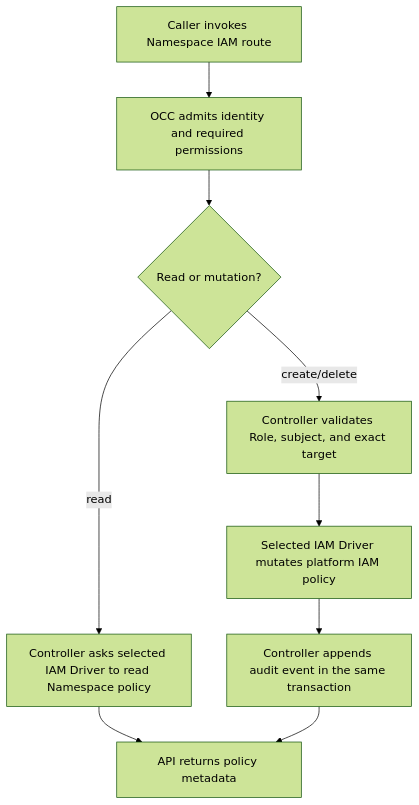
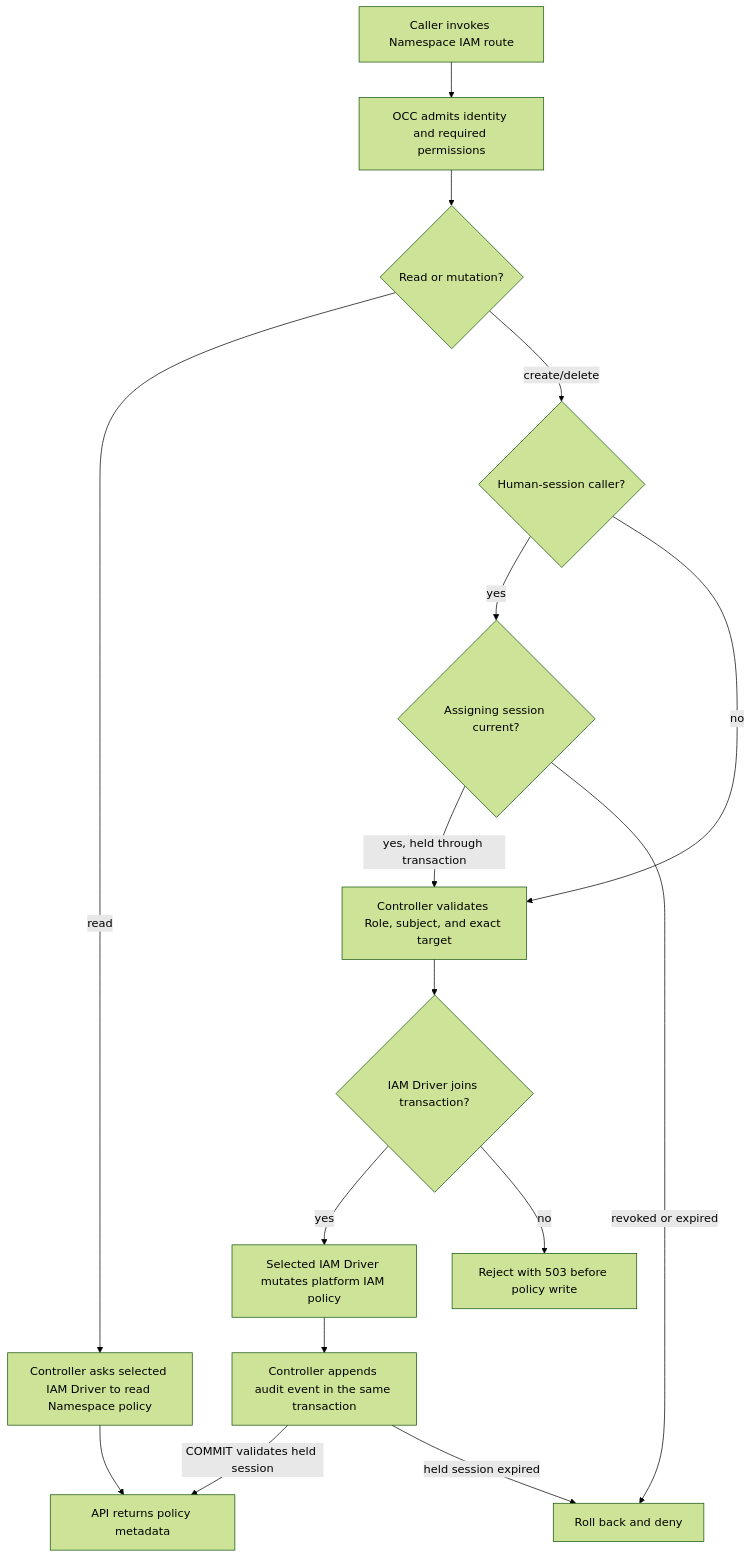
The diagram in docs/flows/namespace-iam-policy.md (PalmPalm7/openclaw-enterprise), drawn with Mermaid (forest theme) before and after one commit. The commit also changed other lines of this file and 23 other files, not shown here.

First line of the commit message:
fix(auth): retain assigning sessions through IAM commits (#2311)

````diff
--- a/docs/flows/namespace-iam-policy.md
+++ b/docs/flows/namespace-iam-policy.md
@@ -30,11 +30,18 @@
 ```mermaid
 graph TD
   A["Caller invokes Namespace IAM route"] --> B["OCC admits identity and required permissions"]
   B --> C{"Read or mutation?"}
   C -->|read| D["Controller asks selected IAM Driver to read Namespace policy"]
-  C -->|create/delete| E["Controller validates Role, subject, and exact target"]
-  E --> F["Selected IAM Driver mutates platform IAM policy"]
+  C -->|create/delete| S{"Human-session caller?"}
+  S -->|yes| L{"Assigning session current?"}
+  L -->|yes, held through transaction| E["Controller validates Role, subject, and exact target"]
+  L -->|revoked or expired| X["Roll back and deny"]
+  S -->|no| E
+  E --> T{"IAM Driver joins transaction?"}
+  T -->|yes| F["Selected IAM Driver mutates platform IAM policy"]
+  T -->|no| U["Reject with 503 before policy write"]
   F --> G["Controller appends audit event in the same transaction"]
   D --> H["API returns policy metadata"]
-  G --> H
+  G -->|COMMIT validates held session| H
+  G -->|held session expired| X
 ```
````
